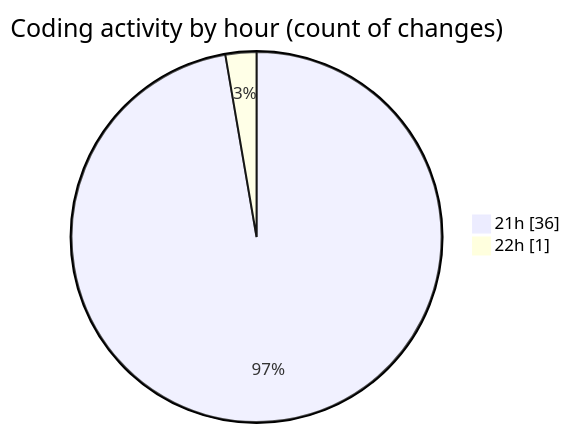
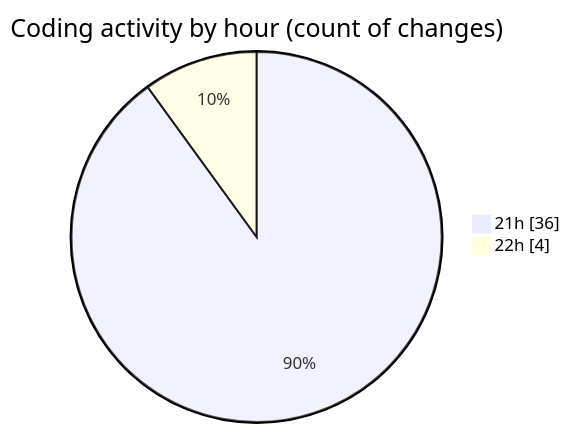
One commit to robertbonfada/code-tracking changed the second of 2 diagrams in 2025-03-10/termonied_testador/README.md. Above: the diagram before and after it, drawn with Mermaid. The commit also changed other lines of this file and 1 other file, not shown here.

````diff
--- a/2025-03-10/termonied_testador/README.md
+++ b/2025-03-10/termonied_testador/README.md
@@ -35,6 +35,6 @@
 ```mermaid
 pie showData
 title Coding activity by hour (count of changes)
 "21h" : 36
-"22h" : 1
+"22h" : 4
 ```
````
